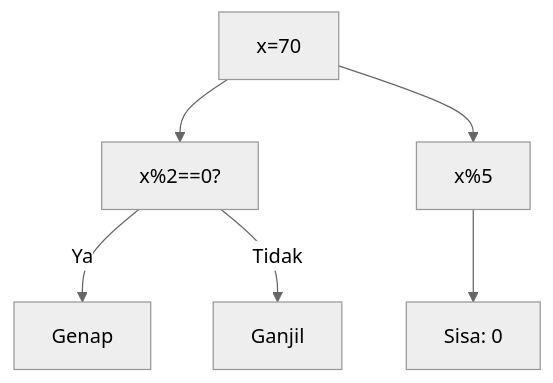
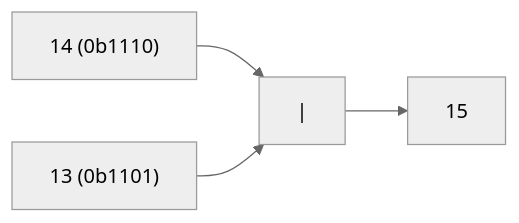
Diagram 18 of 25 in part-c-pemahaman-cpp/06-bitwise/latihan/set-08.md (amnahwaida/OSNK_INF_PREP), drawn with Mermaid (neutral theme) before and after one commit. The commit also changed other lines of this file and 71 other files, not shown here.

````diff
--- a/part-c-pemahaman-cpp/06-bitwise/latihan/set-08.md
+++ b/part-c-pemahaman-cpp/06-bitwise/latihan/set-08.md
@@ -582,8 +470,6 @@
 ```mermaid
-graph TD
-A["x=70"] --> B["x%2==0?"]
-B -- Ya --> C["Genap"]
-B -- Tidak --> D["Ganjil"]
-A --> E["x%5"]
-E --> F["Sisa: 0"]
+graph LR
+A["14 (0b1110)"] --> C["|"]
+B["13 (0b1101)"] --> C
+C --> D["15"]
 ```
````
